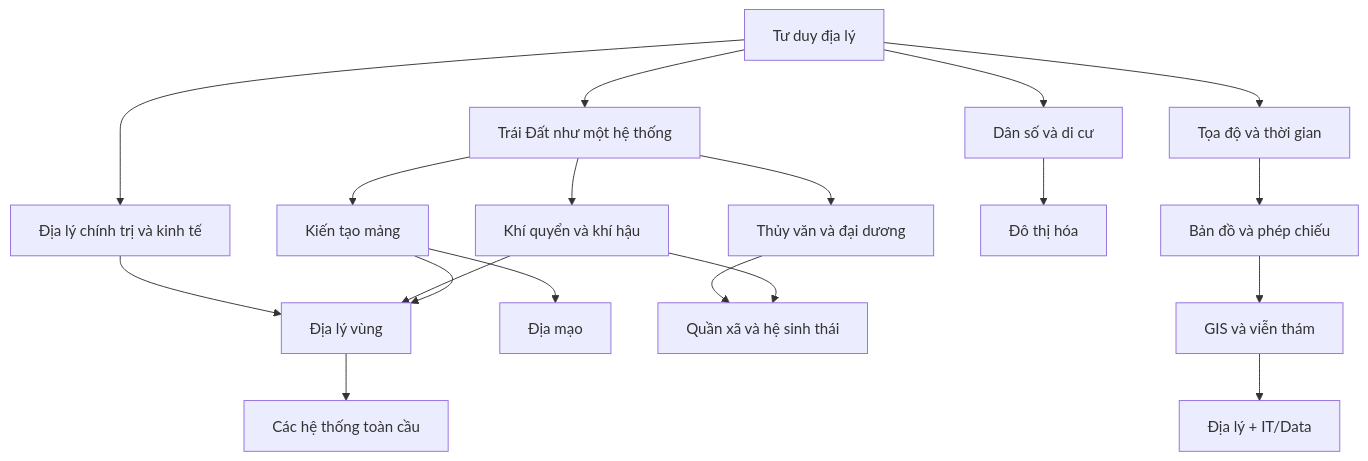
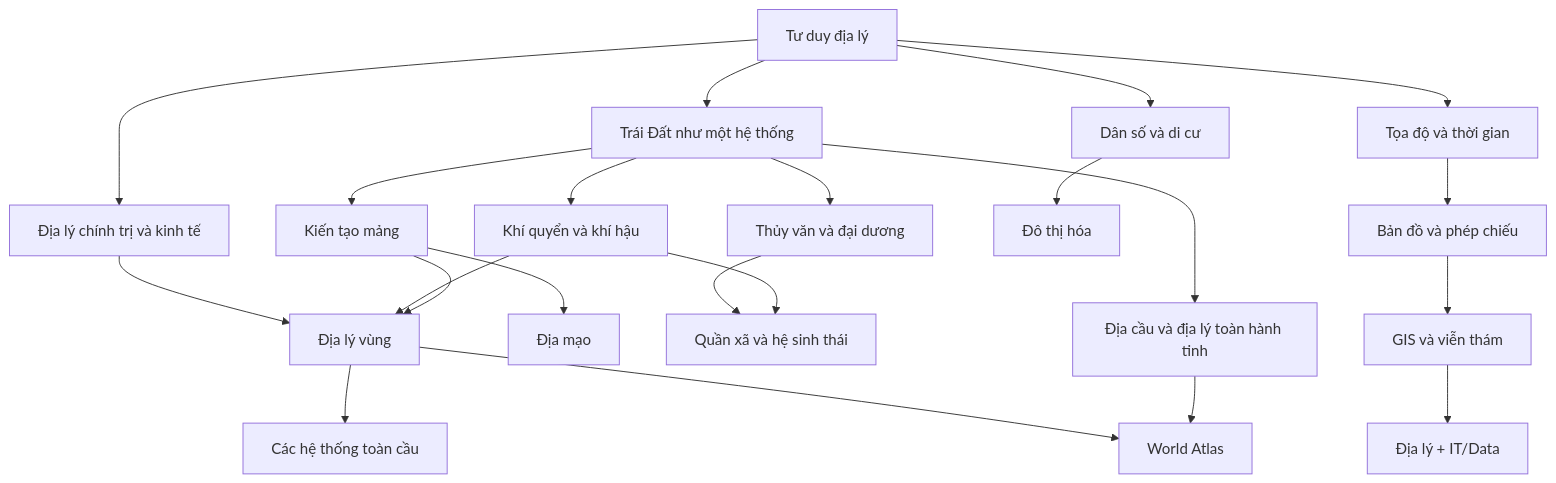
One commit to hunggtham/learning-docs changed the diagram in world_geography/README.md. Above: the diagram before and after it, drawn with Mermaid. The commit also changed other lines of this file and 77 other files, not shown here.

First line of the commit message:
Add Earth systems and complete Asia world atlas

````diff
--- a/world_geography/README.md
+++ b/world_geography/README.md
@@ -15,21 +21,24 @@
 ```mermaid
 graph TD
   A[Tư duy địa lý] --> B[Trái Đất như một hệ thống]
   A --> C[Tọa độ và thời gian]
   C --> D[Bản đồ và phép chiếu]
   D --> E[GIS và viễn thám]
   B --> F[Kiến tạo mảng]
   B --> G[Khí quyển và khí hậu]
   B --> H[Thủy văn và đại dương]
   F --> I[Địa mạo]
   G --> J[Quần xã và hệ sinh thái]
   H --> J
   A --> K[Dân số và di cư]
   K --> L[Đô thị hóa]
   A --> M[Địa lý chính trị và kinh tế]
   F --> N[Địa lý vùng]
   G --> N
   M --> N
   N --> O[Các hệ thống toàn cầu]
+  B --> Q[Địa cầu và địa lý toàn hành tinh]
+  Q --> R[World Atlas]
+  N --> R
   E --> P[Địa lý + IT/Data]
 ```
````
